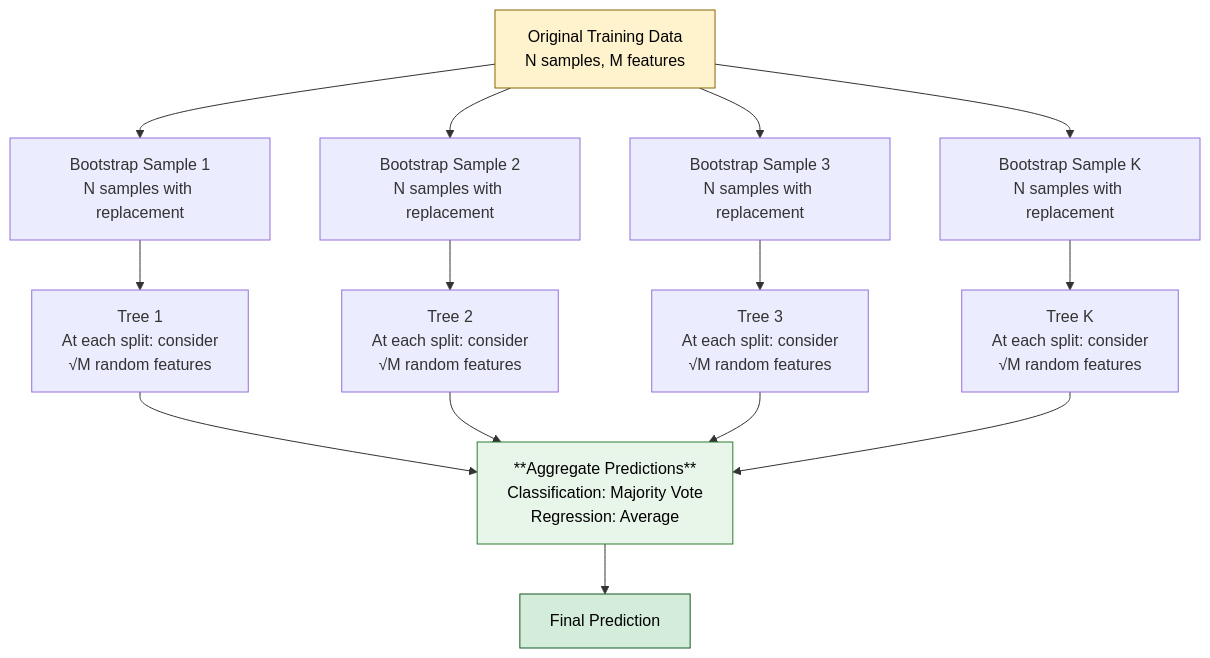
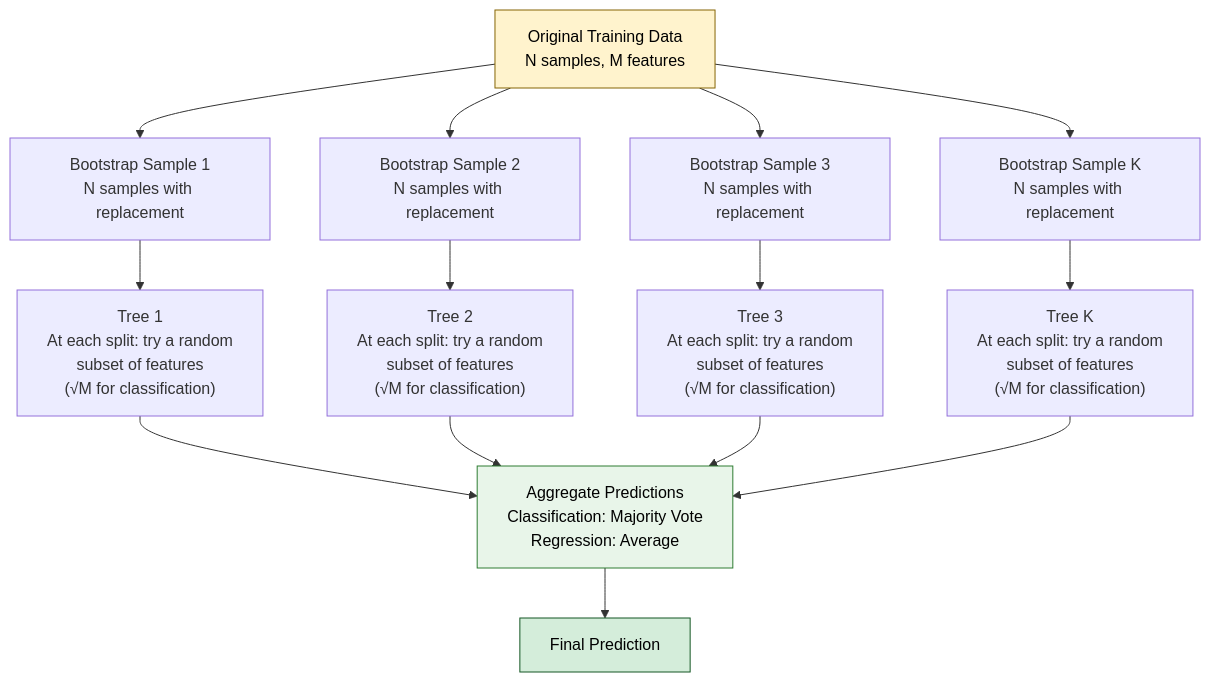
One commit to Hmago/ml4 changed diagram 16 of 47 in content/34_google_top10_ml_interview.md. Above: the diagram before and after it, drawn with Mermaid. The commit also changed other lines of this file and 59 other files, not shown here.

````diff
--- a/content/34_google_top10_ml_interview.md
+++ b/content/34_google_top10_ml_interview.md
@@ -987,23 +1378,23 @@
 ```mermaid
 graph TD
     DATA["Original Training Data<br/>N samples, M features"] --> BS1["Bootstrap Sample 1<br/>N samples with replacement"]
     DATA --> BS2["Bootstrap Sample 2<br/>N samples with replacement"]
     DATA --> BS3["Bootstrap Sample 3<br/>N samples with replacement"]
     DATA --> BSK["Bootstrap Sample K<br/>N samples with replacement"]
 
-    BS1 --> T1["Tree 1<br/>At each split: consider<br/>√M random features"]
-    BS2 --> T2["Tree 2<br/>At each split: consider<br/>√M random features"]
-    BS3 --> T3["Tree 3<br/>At each split: consider<br/>√M random features"]
-    BSK --> TK["Tree K<br/>At each split: consider<br/>√M random features"]
+    BS1 --> T1["Tree 1<br/>At each split: try a random<br/>subset of features<br/>(√M for classification)"]
+    BS2 --> T2["Tree 2<br/>At each split: try a random<br/>subset of features<br/>(√M for classification)"]
+    BS3 --> T3["Tree 3<br/>At each split: try a random<br/>subset of features<br/>(√M for classification)"]
+    BSK --> TK["Tree K<br/>At each split: try a random<br/>subset of features<br/>(√M for classification)"]
 
-    T1 --> VOTE["**Aggregate Predictions**<br/>Classification: Majority Vote<br/>Regression: Average"]
+    T1 --> VOTE["Aggregate Predictions<br/>Classification: Majority Vote<br/>Regression: Average"]
     T2 --> VOTE
     T3 --> VOTE
     TK --> VOTE
 
     VOTE --> FINAL["Final Prediction"]
 
     style DATA fill:#fff3cd,stroke:#856404,color:#000
     style VOTE fill:#e8f5e9,stroke:#2e7d32,color:#000
     style FINAL fill:#d4edda,stroke:#155724,color:#000
 ```
````
